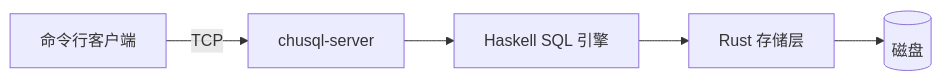
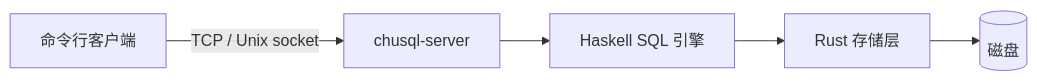
One commit to TheBadRoger/ChuSQL changed the diagram in docs/architecture.md. Above: the diagram before and after it, drawn with Mermaid. The commit also changed other lines of this file and 13 other files, not shown here.

````diff
--- a/docs/architecture.md
+++ b/docs/architecture.md
@@ -9,7 +9,7 @@
 ```mermaid
 flowchart LR
-    CLI[命令行客户端] -->|TCP| Server[chusql-server]
+    CLI[命令行客户端] -->|TCP / Unix socket| Server[chusql-server]
     Server --> Engine[Haskell SQL 引擎]
     Engine --> Storage[Rust 存储层]
     Storage --> Disk[(磁盘)]
 ```
````
